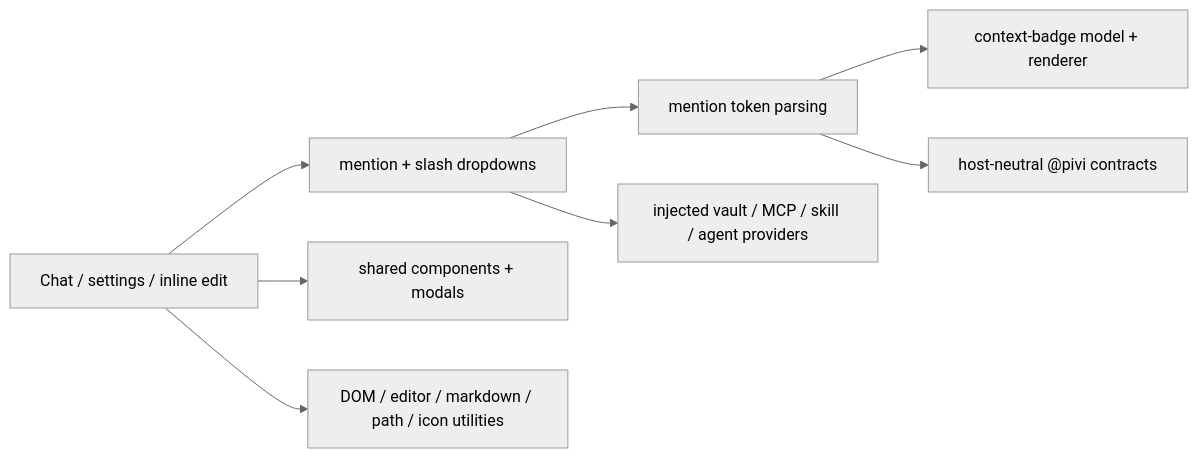
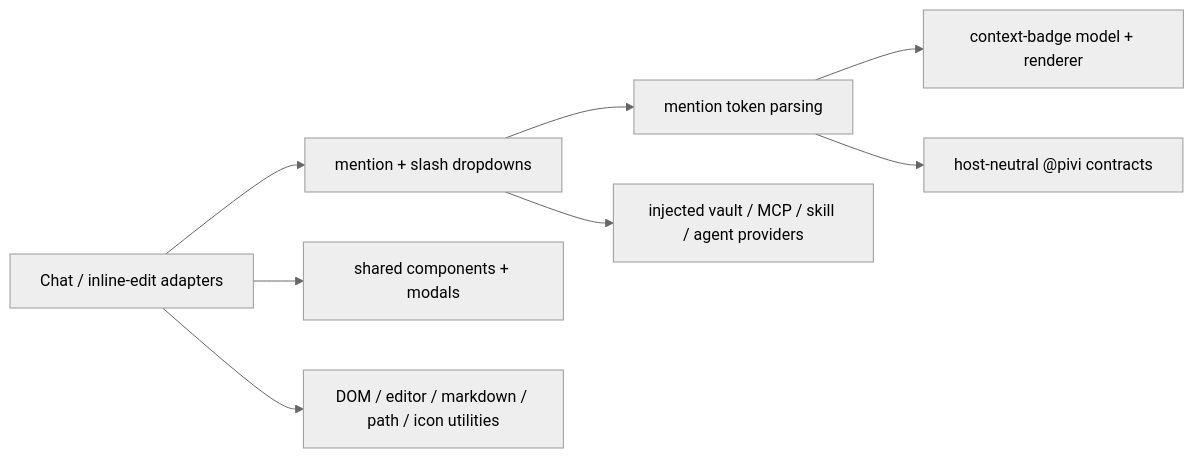
Before and after one commit to shuuul/obsidian-pivi: the diagram in src/ui/shared/AGENTS.md, drawn with Mermaid (neutral theme). The commit also changed other lines of this file and 78 other files, not shown here.

First line of the commit message:
refactor(architecture): wire ChatPorts and clear post-React dead paths

````diff
--- a/src/ui/shared/AGENTS.md
+++ b/src/ui/shared/AGENTS.md
@@ -11,10 +11,10 @@
 ```mermaid
 flowchart LR
-  Consumers["Chat / settings / inline edit"] --> Inputs["mention + slash dropdowns"]
+  Consumers["Chat / inline-edit adapters"] --> Inputs["mention + slash dropdowns"]
   Inputs --> Parser["mention token parsing"]
   Parser --> Badges["context-badge model + renderer"]
   Inputs --> Providers["injected vault / MCP / skill / agent providers"]
   Consumers --> Common["shared components + modals"]
   Consumers --> Utils["DOM / editor / markdown / path / icon utilities"]
   Parser --> Core["host-neutral @pivi contracts"]
 ```
````
